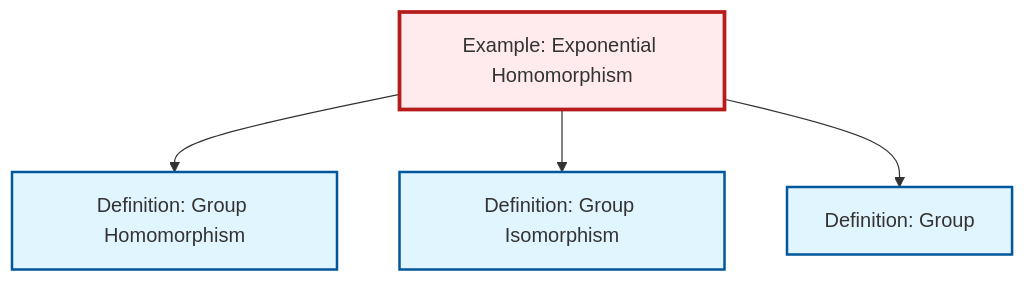
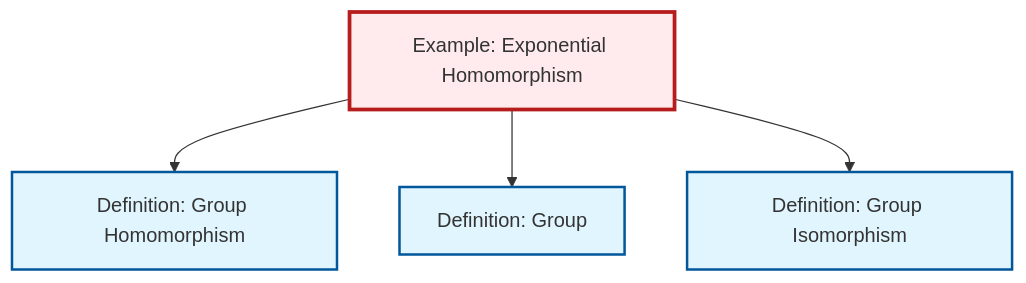
The diagram in content/en/algebra/ex-exponential-homomorphism.qmd (RK0429/ModernMath), drawn with Mermaid before and after one commit. The commit also changed other lines of this file and 597 other files, not shown here.

````diff
--- a/content/en/algebra/ex-exponential-homomorphism.qmd
+++ b/content/en/algebra/ex-exponential-homomorphism.qmd
@@ -45,20 +45,20 @@
 ```{mermaid}
 %%| fig-cap: "Local dependency graph"
 graph TD
     classDef definition fill:#e1f5fe,stroke:#01579b,stroke-width:2px
     classDef theorem fill:#f3e5f5,stroke:#4a148c,stroke-width:2px
     classDef axiom fill:#fff3e0,stroke:#e65100,stroke-width:2px
     classDef example fill:#e8f5e9,stroke:#1b5e20,stroke-width:2px
     classDef current fill:#ffebee,stroke:#b71c1c,stroke-width:3px
+    def-isomorphism["Definition: Group Isomorphism"]:::definition
+    ex-exponential-homomorphism["Example: Exponential Homomorphism"]:::example
+    def-homomorphism["Definition: Group Homomorphism"]:::definition
     def-group["Definition: Group"]:::definition
-    def-isomorphism["Definition: Group Isomorphism"]:::definition
-    def-homomorphism["Definition: Group Homomorphism"]:::definition
-    ex-exponential-homomorphism["Example: Exponential Homomorphism"]:::example
     ex-exponential-homomorphism --> def-homomorphism
+    ex-exponential-homomorphism --> def-group
     ex-exponential-homomorphism --> def-isomorphism
-    ex-exponential-homomorphism --> def-group
     class ex-exponential-homomorphism current
-    click def-group "def-group.html" "Go to Group definition"
     click def-isomorphism "def-isomorphism.html" "Go to Group Isomorphism definition"
     click def-homomorphism "def-homomorphism.html" "Go to Group Homomorphism definition"
+    click def-group "def-group.html" "Go to Group definition"
 ```
````
